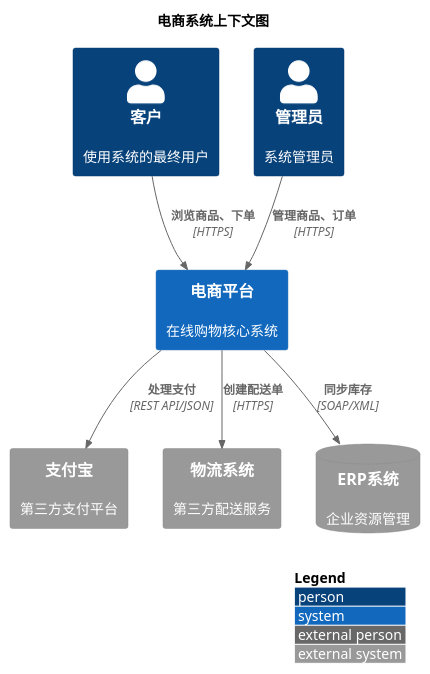
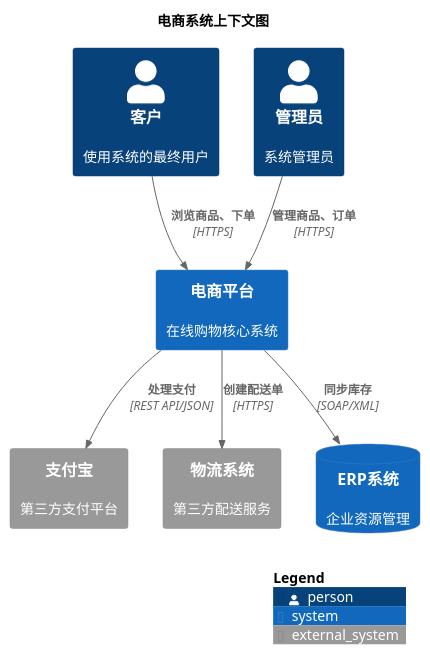
Before and after one commit to chyax98/Diagflow: the first of 3 diagrams in src/lib/syntax-md/c4plantuml/context.md, drawn with PlantUML. The commit also changed other lines of this file and 115 other files, not shown here.

````diff
--- a/src/lib/syntax-md/c4plantuml/context.md
+++ b/src/lib/syntax-md/c4plantuml/context.md
@@ -65,23 +67,24 @@
 ```plantuml
 @startuml
 !include <C4/C4_Context>
 
 title 电商系统上下文图
 
 Person(customer, "客户", "使用系统的最终用户")
 Person(admin, "管理员", "系统管理员")
 
 System(ecommerce, "电商平台", "在线购物核心系统")
 System_Ext(payment, "支付宝", "第三方支付平台")
 System_Ext(logistics, "物流系统", "第三方配送服务")
-SystemDb_Ext(erp, "ERP系统", "企业资源管理")
+SystemDb(erp, "ERP系统", "企业资源管理")
 
 Rel(customer, ecommerce, "浏览商品、下单", "HTTPS")
 Rel(admin, ecommerce, "管理商品、订单", "HTTPS")
 Rel(ecommerce, payment, "处理支付", "REST API/JSON")
 Rel(ecommerce, logistics, "创建配送单", "HTTPS")
 Rel(ecommerce, erp, "同步库存", "SOAP/XML")
 
-LAYOUT_WITH_LEGEND()
+LAYOUT_TOP_DOWN()
+SHOW_LEGEND()
 @enduml
 ```
````
